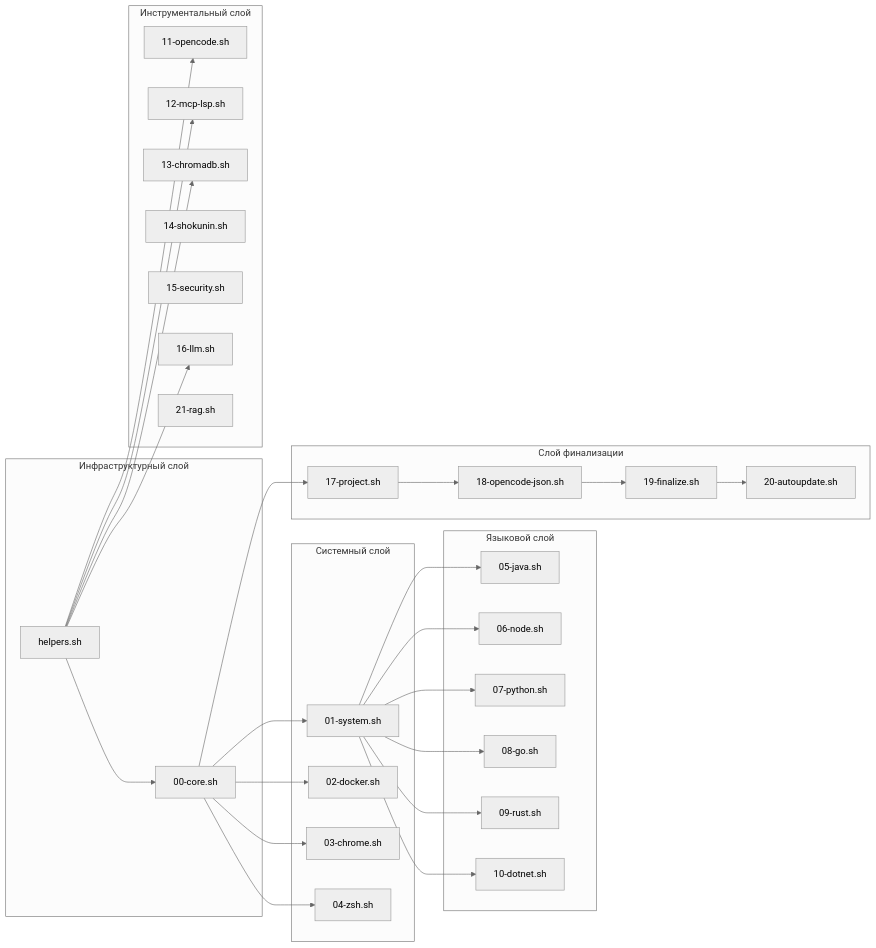
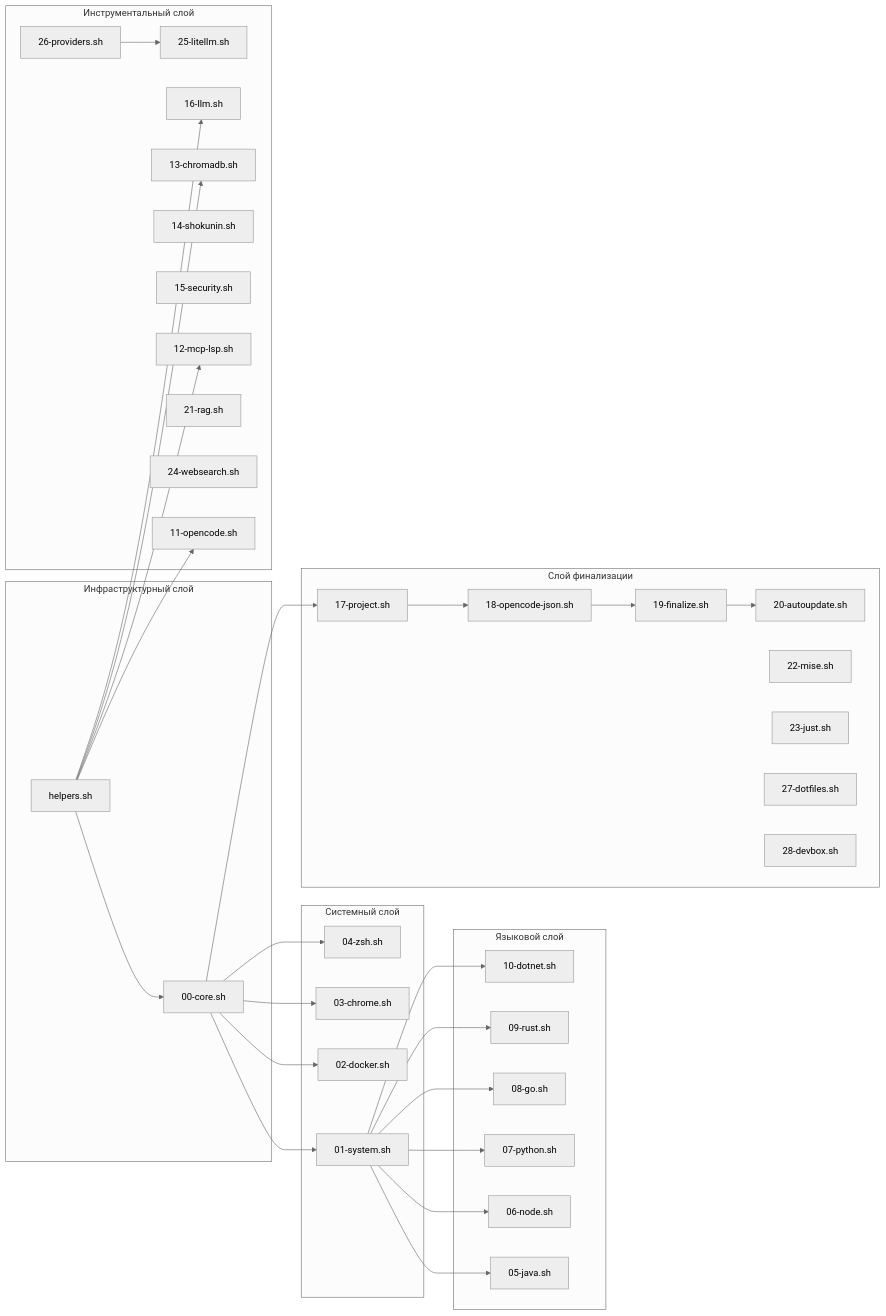
One commit to AlexanderNarbaev/opencode_initializer changed the fifth of 5 diagrams in docs/architecture/index.ru.md. Above: the diagram before and after it, drawn with Mermaid (neutral theme). The commit also changed other lines of this file and 26 other files, not shown here.

````diff
--- a/docs/architecture/index.ru.md
+++ b/docs/architecture/index.ru.md
@@ -123,60 +134,68 @@
 ```mermaid
 graph LR
     subgraph "Инфраструктурный слой"
         helpers["helpers.sh"]
         core["00-core.sh"]
     end
-    
+
     subgraph "Системный слой"
         sys["01-system.sh"]
         docker["02-docker.sh"]
         chrome["03-chrome.sh"]
         zsh["04-zsh.sh"]
     end
-    
+
     subgraph "Языковой слой"
         java["05-java.sh"]
         node["06-node.sh"]
         python["07-python.sh"]
         go["08-go.sh"]
         rust["09-rust.sh"]
         dotnet["10-dotnet.sh"]
     end
-    
+
     subgraph "Инструментальный слой"
         opencode["11-opencode.sh"]
         mcp["12-mcp-lsp.sh"]
         chromadb["13-chromadb.sh"]
         shokunin["14-shokunin.sh"]
         sec["15-security.sh"]
         llm["16-llm.sh"]
         rag["21-rag.sh"]
+        websearch["24-websearch.sh"]
+        litellm["25-litellm.sh"]
+        providers["26-providers.sh"]
     end
-    
+
     subgraph "Слой финализации"
         project["17-project.sh"]
         json["18-opencode-json.sh"]
         finalize["19-finalize.sh"]
         update["20-autoupdate.sh"]
+        mise["22-mise.sh"]
+        just["23-just.sh"]
+        dotfiles["27-dotfiles.sh"]
+        devbox["28-devbox.sh"]
     end
-    
+
     helpers --> core
     core --> sys
     core --> docker
     core --> chrome
     core --> zsh
     sys --> java
     sys --> node
     sys --> python
     sys --> go
     sys --> rust
     sys --> dotnet
     helpers --> opencode
     helpers --> mcp
     helpers --> chromadb
     helpers --> llm
+    providers --> litellm
     core --> project
     project --> json
     json --> finalize
     finalize --> update
 ```
````
